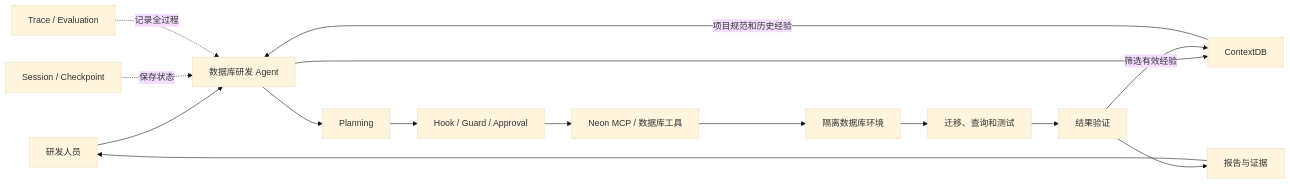
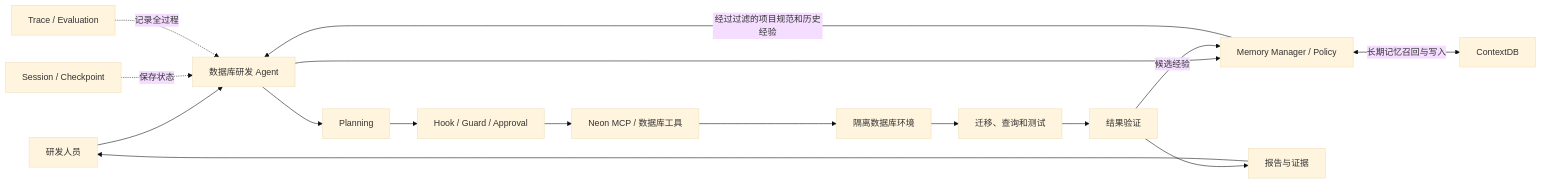
One commit to wuw476709-oss/ai-mds changed the third of 3 diagrams in 01 work/Agent开发实战/Agent开发实战学习与机会探索方案.md. Above: the diagram before and after it, drawn with Mermaid (base theme). The commit also changed other lines of this file, not shown here.

Commit message:
docs: place ContextDB in agent memory architecture

````diff
--- a/01 work/Agent开发实战/Agent开发实战学习与机会探索方案.md
+++ b/01 work/Agent开发实战/Agent开发实战学习与机会探索方案.md
@@ -735,17 +748,18 @@
 ```mermaid
 flowchart LR
     U[研发人员] --> A[数据库研发 Agent]
-    A --> CDB[ContextDB]
-    CDB -->|项目规范和历史经验| A
+    A --> MM[Memory Manager / Policy]
+    MM <-->|长期记忆召回与写入| CDB[ContextDB]
+    MM -->|经过过滤的项目规范和历史经验| A
     A --> PLAN[Planning]
     PLAN --> GUARD[Hook / Guard / Approval]
     GUARD --> MCP[Neon MCP / 数据库工具]
     MCP --> BRANCH[隔离数据库环境]
     BRANCH --> TEST[迁移、查询和测试]
     TEST --> VERIFY[结果验证]
     VERIFY --> REPORT[报告与证据]
     REPORT --> U
-    VERIFY -->|筛选有效经验| CDB
+    VERIFY -->|候选经验| MM
     SESSION[Session / Checkpoint] -.保存状态.-> A
     TRACE[Trace / Evaluation] -.记录全过程.-> A
 ```
````
